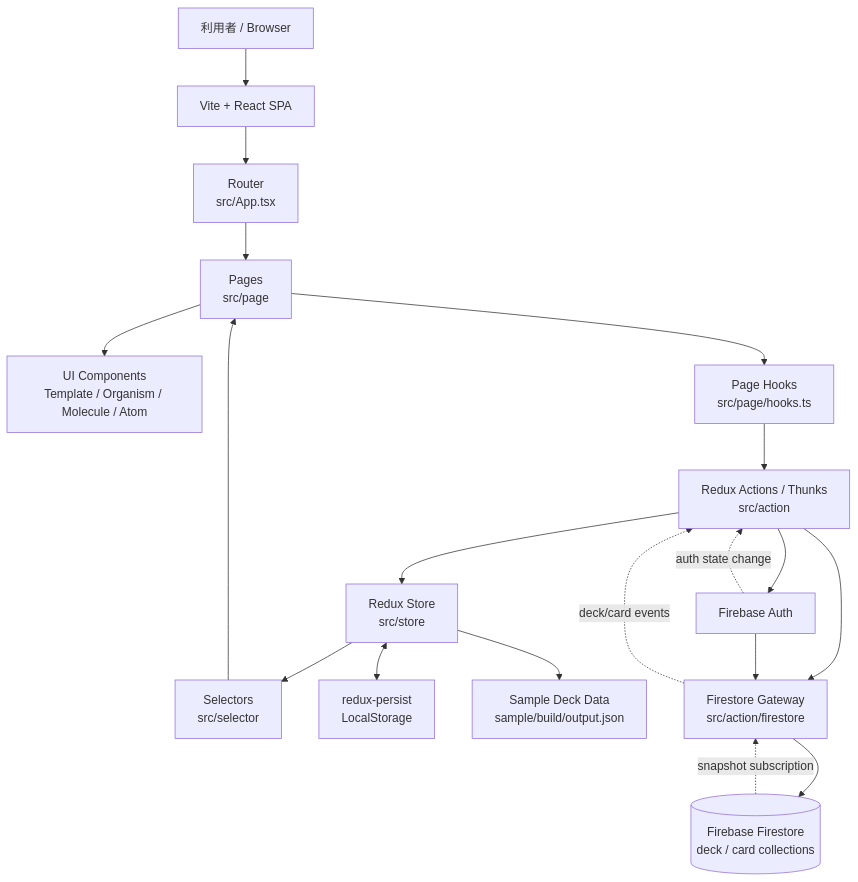
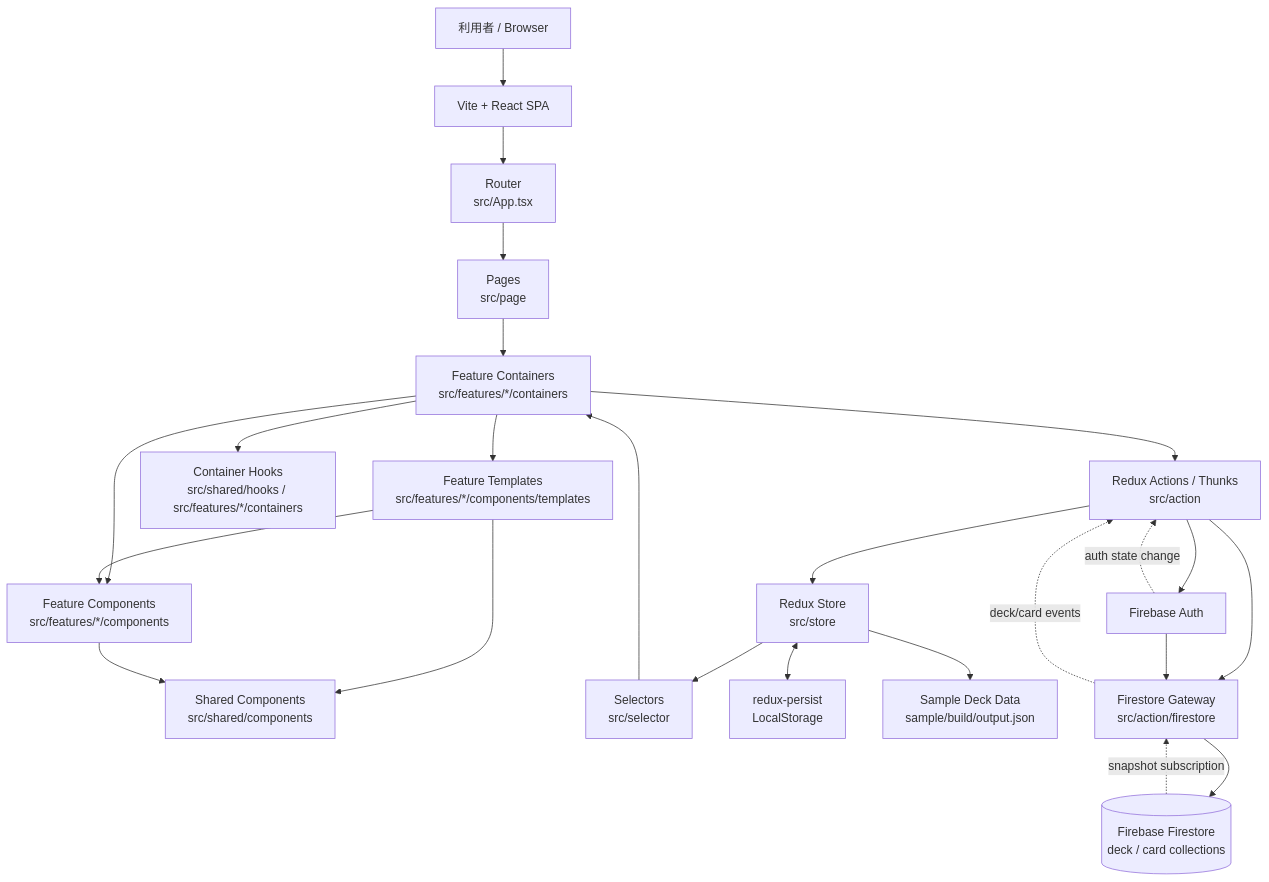
One commit to her0e1c1/tango changed the diagram in docs/architecture.md. Above: the diagram before and after it, drawn with Mermaid. The commit also changed other lines of this file and 239 other files, not shown here.

First line of the commit message:
Refactor UI into feature-based component architecture (#200)

````diff
--- a/docs/architecture.md
+++ b/docs/architecture.md
@@ -3,25 +3,29 @@
 ```mermaid
 flowchart TD
     U[利用者 / Browser] --> V[Vite + React SPA]
     V --> R[Router<br/>src/App.tsx]
     R --> P[Pages<br/>src/page]
-    P --> C[UI Components<br/>Template / Organism / Molecule / Atom]
+    P --> C[Feature Containers<br/>src/features/*/containers]
+    C --> T[Feature Templates<br/>src/features/*/components/templates]
+    C --> FC[Feature Components<br/>src/features/*/components]
+    T --> FC
+    T --> SC[Shared Components<br/>src/shared/components]
+    FC --> SC
 
-    P --> H[Page Hooks<br/>src/page/hooks.ts]
-    H --> A[Redux Actions / Thunks<br/>src/action]
+    C --> H[Container Hooks<br/>src/shared/hooks / src/features/*/containers]
+    C --> A[Redux Actions / Thunks<br/>src/action]
     A --> S[Redux Store<br/>src/store]
     S --> X[Selectors<br/>src/selector]
-    X --> P
+    X --> C
 
     S <--> L[redux-persist<br/>LocalStorage]
     S --> I[Sample Deck Data<br/>sample/build/output.json]
-
     A --> AU[Firebase Auth]
     A --> F[Firestore Gateway<br/>src/action/firestore]
     F --> DB[(Firebase Firestore<br/>deck / card collections)]
     AU --> F
 
     AU -. auth state change .-> A
     DB -. snapshot subscription .-> F
     F -. deck/card events .-> A
 ```
````
